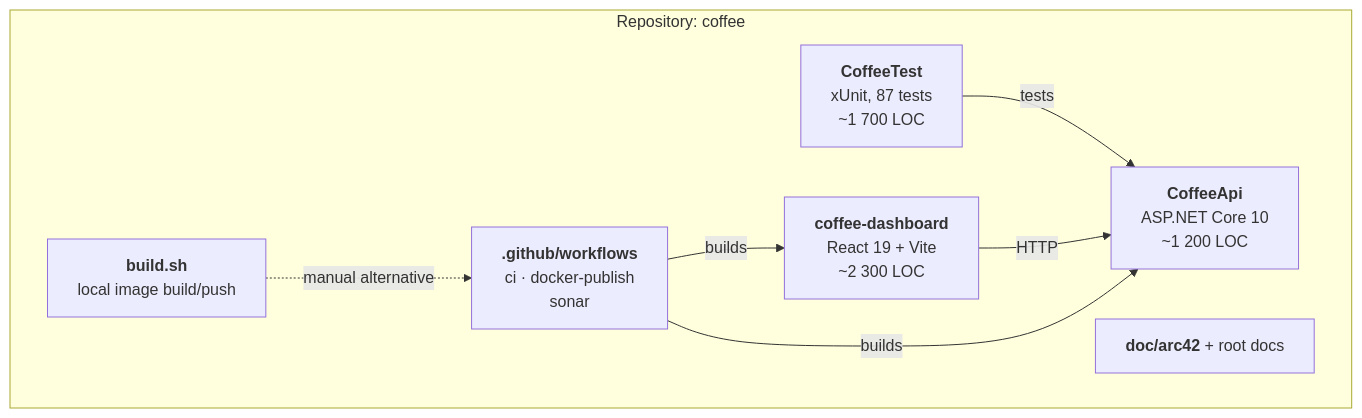
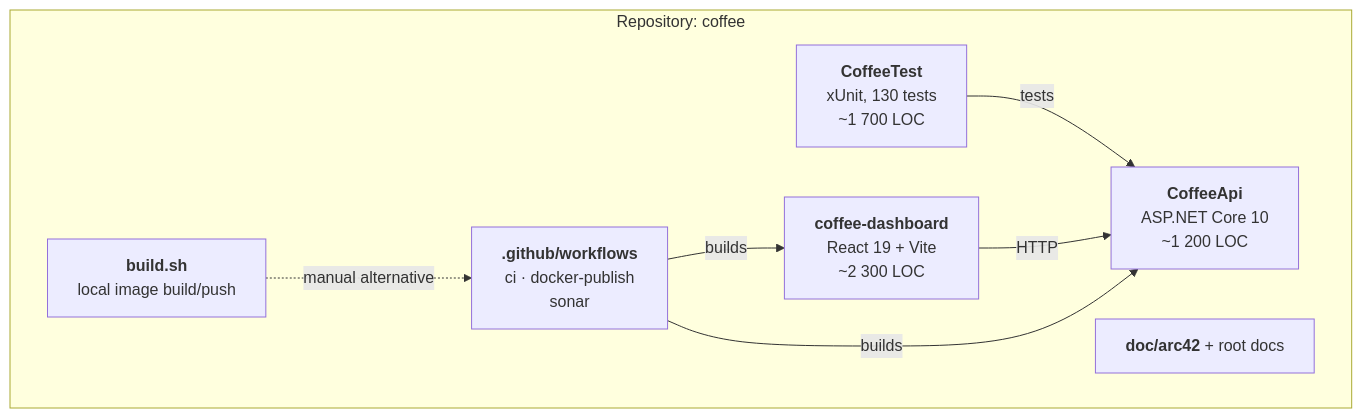
One commit to Gereon93/coffee changed the first of 4 diagrams in doc/arc42/05-building-blocks.md. Above: the diagram before and after it, drawn with Mermaid. The commit also changed other lines of this file and 13 other files, not shown here.

````diff
--- a/doc/arc42/05-building-blocks.md
+++ b/doc/arc42/05-building-blocks.md
@@ -5,17 +5,17 @@
 ```mermaid
 graph TB
     subgraph repo["Repository: coffee"]
         API["<b>CoffeeApi</b><br/>ASP.NET Core 10<br/>~1 200 LOC"]
-        TEST["<b>CoffeeTest</b><br/>xUnit, 87 tests<br/>~1 700 LOC"]
+        TEST["<b>CoffeeTest</b><br/>xUnit, 130 tests<br/>~1 700 LOC"]
         DASH["<b>coffee-dashboard</b><br/>React 19 + Vite<br/>~2 300 LOC"]
         CI["<b>.github/workflows</b><br/>ci · docker-publish<br/>sonar"]
         BUILD["<b>build.sh</b><br/>local image build/push"]
         DOC["<b>doc/arc42</b> + root docs"]
     end
 
     TEST -->|tests| API
     DASH -->|HTTP| API
     CI -->|builds| API
     CI -->|builds| DASH
     BUILD -.->|manual alternative| CI
 ```
````
